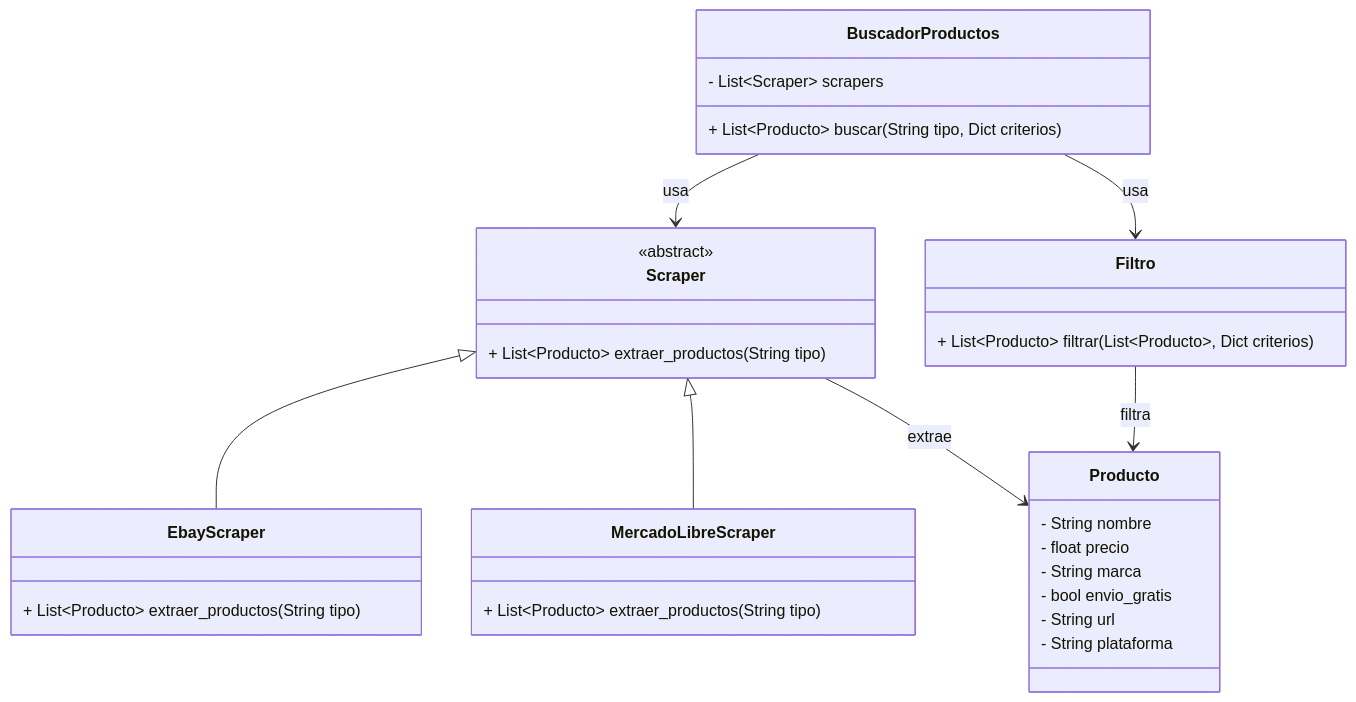
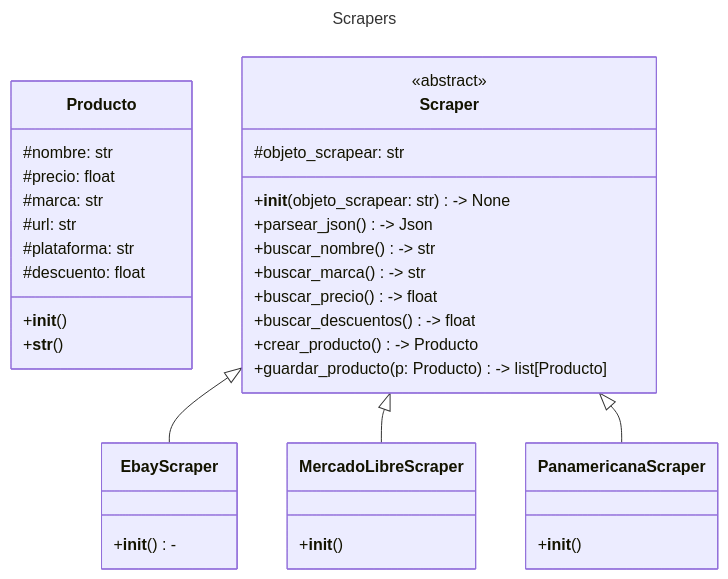
The first of 2 diagrams in README.md (DanielFelipeGomezFonseca/poo_project), drawn with Mermaid before and after one commit. The commit also changed other lines of this file, not shown here.

````diff
--- a/README.md
+++ b/README.md
@@ -36,42 +36,48 @@
 ```mermaid
+---
+title: Scrapers
+---
 classDiagram
 
 class Producto {
-  - String nombre
-  - float precio
-  - String marca
-  - bool envio_gratis
-  - String url
-  - String plataforma
+  #nombre: str
+  #precio: float
+  #marca: str
+  #url: str
+  #plataforma: str
+  #descuento: float
+
+  +__init__() 
+  +__str__() 
 }
 
 class Scraper {
   <<abstract>>
-  + List~Producto~ extraer_productos(String tipo)
+  #objeto_scrapear: str
+
+  +__init__(objeto_scrapear: str) -> None
+  +parsear_json() -> Json
+  +buscar_nombre() -> str
+  +buscar_marca() -> str
+  +buscar_precio() -> float
+  +buscar_descuentos() -> float
+  +crear_producto() -> Producto
+  +guardar_producto(p: Producto) -> list[Producto]
 }
 
 class EbayScraper {
-  + List~Producto~ extraer_productos(String tipo)
+  +__init__() -
 }
 
 class MercadoLibreScraper {
-  + List~Producto~ extraer_productos(String tipo)
+  +__init__() 
 }
 
-class Filtro {
-  + List~Producto~ filtrar(List~Producto~, Dict criterios)
-}
-
-class BuscadorProductos {
-  - List~Scraper~ scrapers
-  + List~Producto~ buscar(String tipo, Dict criterios)
+class PanamericanaScraper {
+  +__init__() 
 }
 
 Scraper <|-- EbayScraper
 Scraper <|-- MercadoLibreScraper
-
-BuscadorProductos --> Scraper : usa
-BuscadorProductos --> Filtro : usa
-Filtro --> Producto : filtra
-Scraper --> Producto : extrae
+Scraper <|-- PanamericanaScraper
 ```
````
